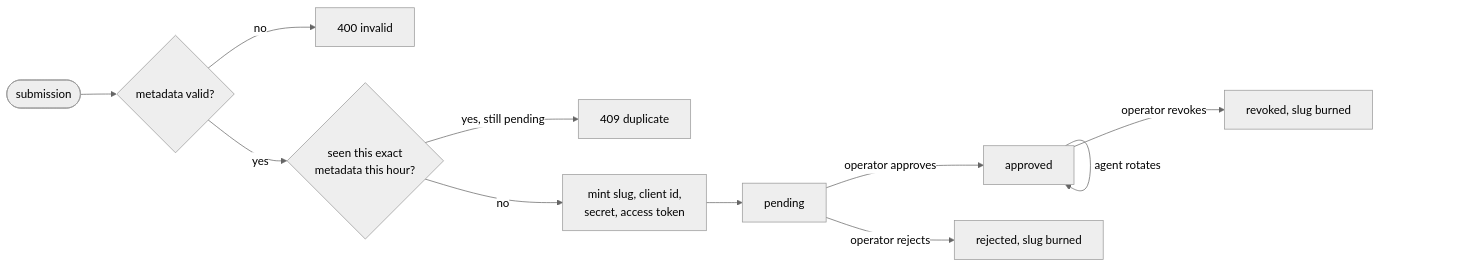
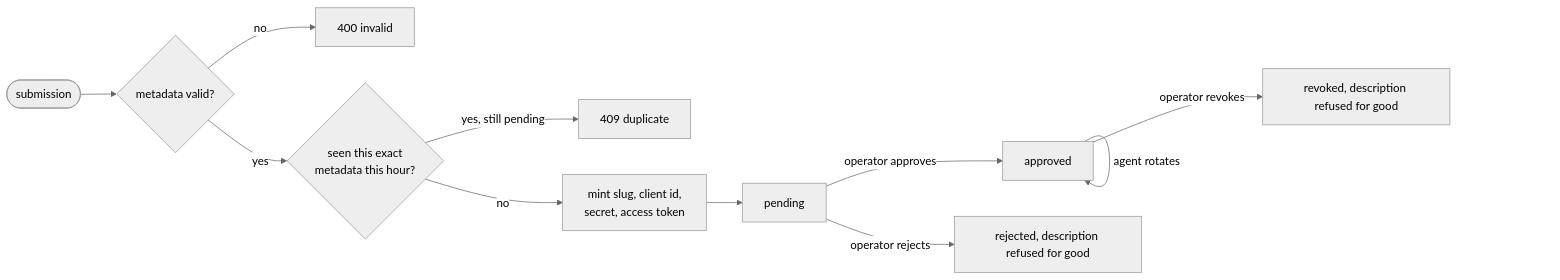
One commit to soapbucket/sbproxy changed the first of 2 diagrams in docs/agent-registry.md. Above: the diagram before and after it, drawn with Mermaid (neutral theme). The commit also changed other lines of this file and 6 other files, not shown here.

````diff
--- a/docs/agent-registry.md
+++ b/docs/agent-registry.md
@@ -47,13 +47,13 @@
 ```mermaid
 flowchart LR
     S([submission]) --> V{metadata valid?}
     V -- no --> R1[400 invalid]
     V -- yes --> D{seen this exact<br/>metadata this hour?}
     D -- yes, still pending --> R2[409 duplicate]
     D -- no --> M[mint slug, client id,<br/>secret, access token]
     M --> P[pending]
     P -->|operator approves| A[approved]
-    P -->|operator rejects| X[rejected, slug burned]
-    A -->|operator revokes| Z[revoked, slug burned]
+    P -->|operator rejects| X[rejected, description refused for good]
+    A -->|operator revokes| Z[revoked, description refused for good]
     A -->|agent rotates| A
 ```
````
